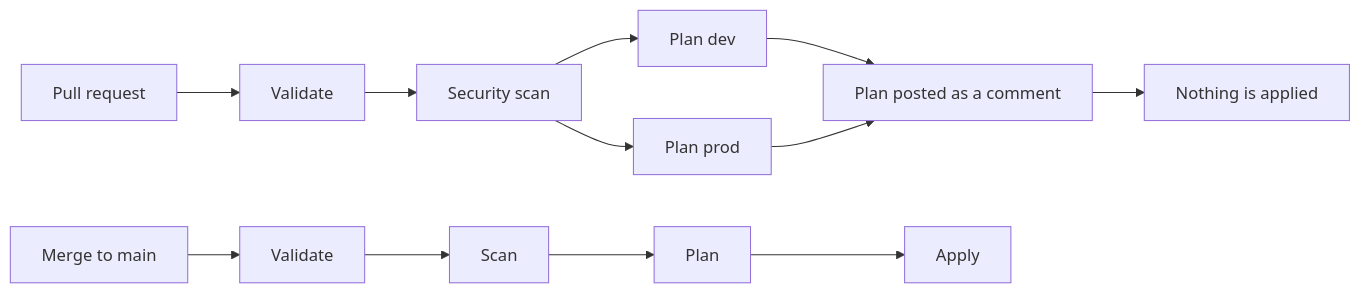
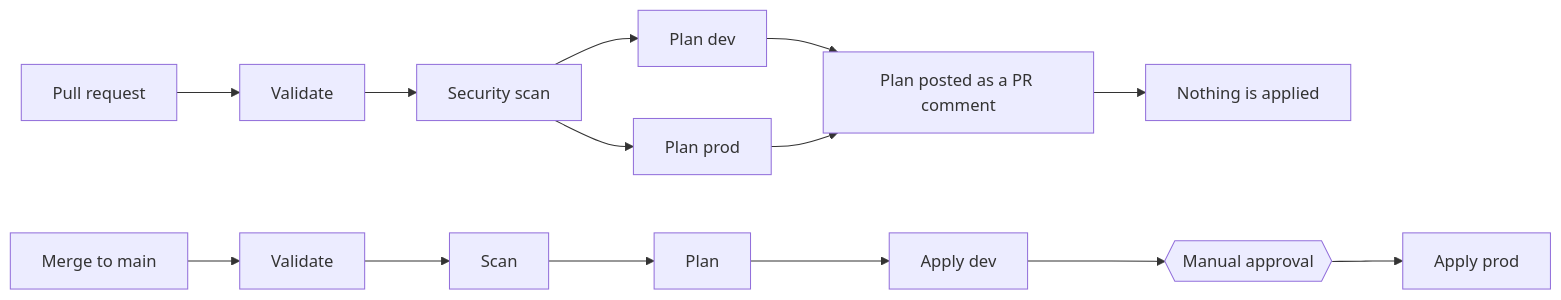
One commit to pedrosoares1903/gcp-baseline changed the diagram in README.md. Above: the diagram before and after it, drawn with Mermaid. The commit also changed other lines of this file and 3 other files, not shown here.

````diff
--- a/README.md
+++ b/README.md
@@ -29,12 +35,13 @@
 ```mermaid
 flowchart LR
     PR[Pull request] --> V[Validate]
     V --> S[Security scan]
     S --> P1[Plan dev]
     S --> P2[Plan prod]
-    P1 --> C[Plan posted as a comment]
+    P1 --> C[Plan posted as a PR comment]
     P2 --> C
     C --> X[Nothing is applied]
 
-    M[Merge to main] --> V2[Validate] --> S2[Scan] --> P3[Plan] --> A[Apply]
+    M[Merge to main] --> V2[Validate] --> S2[Scan] --> P3[Plan] --> A1[Apply dev]
+    A1 --> G{{Manual approval}} --> A2[Apply prod]
 ```
````
